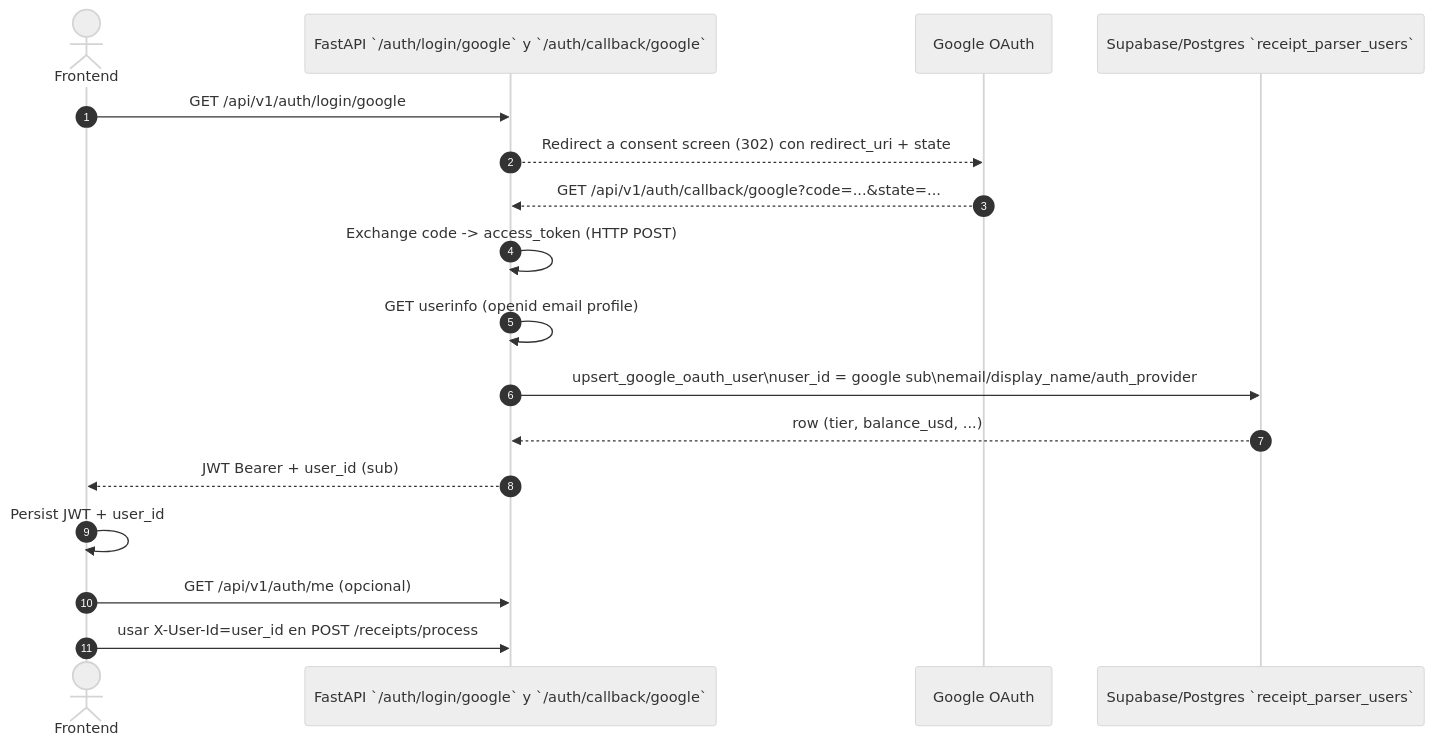
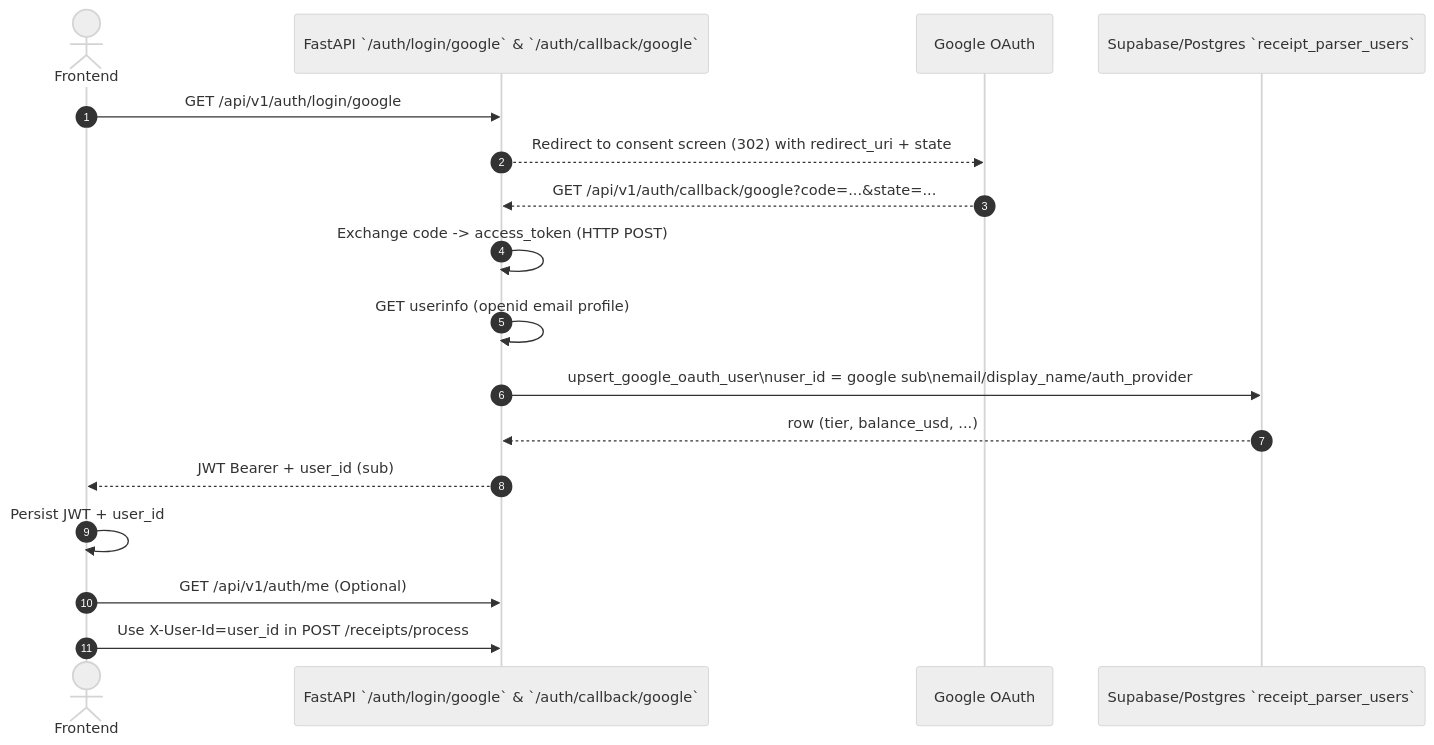
One commit to JMMAILabs/frugal-fortress-architecture changed the fourth of 4 diagrams in docs/diagrams/VERA/diagram_hexagonal_module.md. Above: the diagram before and after it, drawn with Mermaid (neutral theme). The commit also changed other lines of this file and 9 other files, not shown here.

````diff
--- a/docs/diagrams/VERA/diagram_hexagonal_module.md
+++ b/docs/diagrams/VERA/diagram_hexagonal_module.md
@@ -146,20 +146,20 @@
 ```mermaid
 sequenceDiagram
-  autonumber
-  actor F as Frontend
-  participant AUTH as FastAPI `/auth/login/google` y `/auth/callback/google`
-  participant G as Google OAuth
-  participant DB as Supabase/Postgres `receipt_parser_users`
+    autonumber
+    actor F as Frontend
+    participant AUTH as FastAPI `/auth/login/google` & `/auth/callback/google`
+    participant G as Google OAuth
+    participant DB as Supabase/Postgres `receipt_parser_users`
 
-  F->>AUTH: GET /api/v1/auth/login/google
-  AUTH-->>G: Redirect a consent screen (302) con redirect_uri + state
-  G-->>AUTH: GET /api/v1/auth/callback/google?code=...&state=...
-  AUTH->>AUTH: Exchange code -> access_token (HTTP POST)
-  AUTH->>AUTH: GET userinfo (openid email profile)
-  AUTH->>DB: upsert_google_oauth_user\nuser_id = google sub\nemail/display_name/auth_provider
-  DB-->>AUTH: row (tier, balance_usd, ...)
-  AUTH-->>F: JWT Bearer + user_id (sub)
-  F->>F: Persist JWT + user_id
-  F->>AUTH: GET /api/v1/auth/me (opcional)
-  F->>AUTH: usar X-User-Id=user_id en POST /receipts/process
+    F->>AUTH: GET /api/v1/auth/login/google
+    AUTH-->>G: Redirect to consent screen (302) with redirect_uri + state
+    G-->>AUTH: GET /api/v1/auth/callback/google?code=...&state=...
+    AUTH->>AUTH: Exchange code -> access_token (HTTP POST)
+    AUTH->>AUTH: GET userinfo (openid email profile)
+    AUTH->>DB: upsert_google_oauth_user\nuser_id = google sub\nemail/display_name/auth_provider
+    DB-->>AUTH: row (tier, balance_usd, ...)
+    AUTH-->>F: JWT Bearer + user_id (sub)
+    F->>F: Persist JWT + user_id
+    F->>AUTH: GET /api/v1/auth/me (Optional)
+    F->>AUTH: Use X-User-Id=user_id in POST /receipts/process
 ```
````
